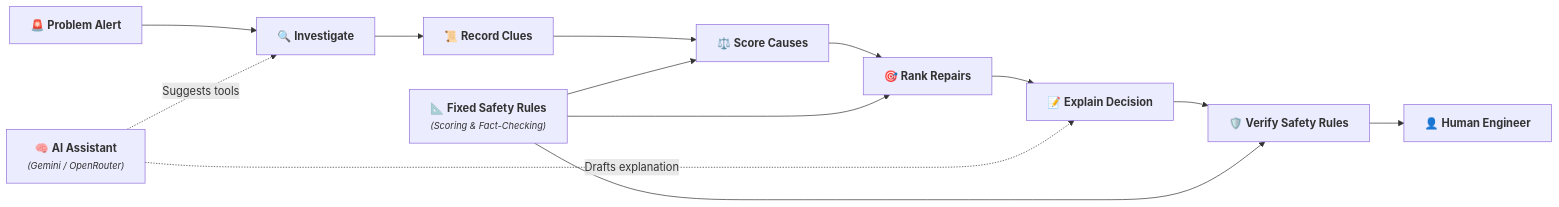
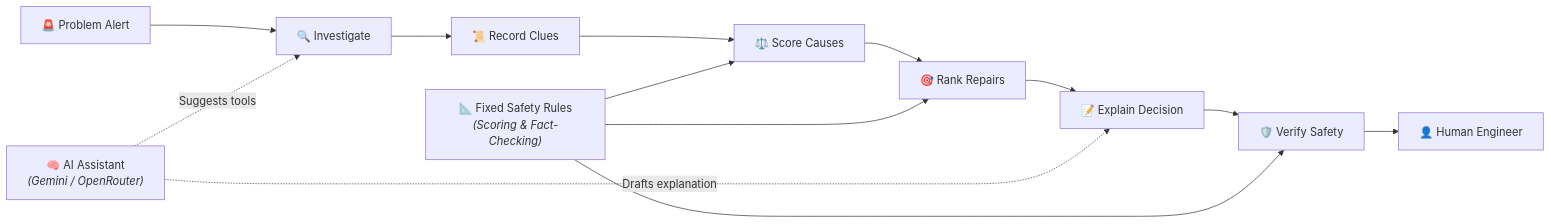
Before and after one commit to AnasBabari/LEC_AI: the third of 3 diagrams in README.md, drawn with Mermaid. The commit also changed other lines of this file, not shown here.

First line of the commit message:
docs(readme): fix Mermaid text cutoffs and refine e.g. placement

````diff
--- a/README.md
+++ b/README.md
@@ -186,22 +186,22 @@
 ```mermaid
 flowchart LR
-    Incident["🚨 <b>Problem Alert</b>"]
-    Investigate["🔍 <b>Investigate</b>"]
-    Evidence["📜 <b>Record Clues</b>"]
-    Causes["⚖️ <b>Score Causes</b>"]
-    Repairs["🎯 <b>Rank Repairs</b>"]
-    Explain["📝 <b>Explain Decision</b>"]
-    Validate["🛡️ <b>Verify Safety Rules</b>"]
-    Human["👤 <b>Human Engineer</b>"]
+    Incident["🚨 Problem Alert"]
+    Investigate["🔍 Investigate"]
+    Evidence["📜 Record Clues"]
+    Causes["⚖️ Score Causes"]
+    Repairs["🎯 Rank Repairs"]
+    Explain["📝 Explain Decision"]
+    Validate["🛡️ Verify Safety"]
+    Human["👤 Human Engineer"]
 
-    AI["🧠 <b>AI Assistant</b><br/><small><i>(Gemini / OpenRouter)</i></small>"]
-    Rules["📐 <b>Fixed Safety Rules</b><br/><small><i>(Scoring & Fact-Checking)</i></small>"]
+    AI["🧠 AI Assistant<br/><i>(Gemini / OpenRouter)</i>"]
+    Rules["📐 Fixed Safety Rules<br/><i>(Scoring & Fact-Checking)</i>"]
 
     Incident --> Investigate --> Evidence --> Causes --> Repairs --> Explain --> Validate --> Human
 
     AI -.->|Suggests tools| Investigate
     AI -.->|Drafts explanation| Explain
     Rules --> Causes
     Rules --> Repairs
     Rules --> Validate
 ```
````
